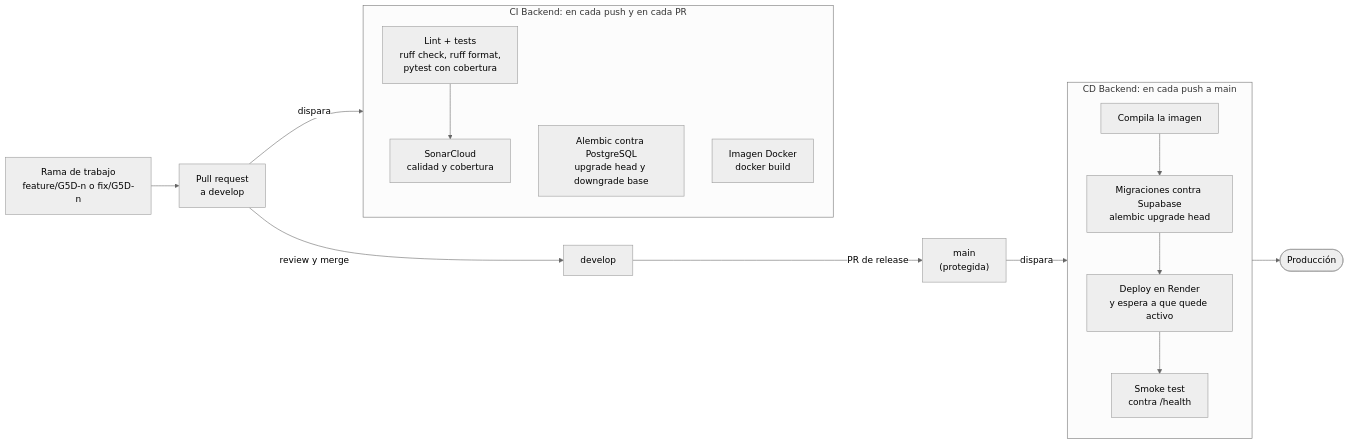
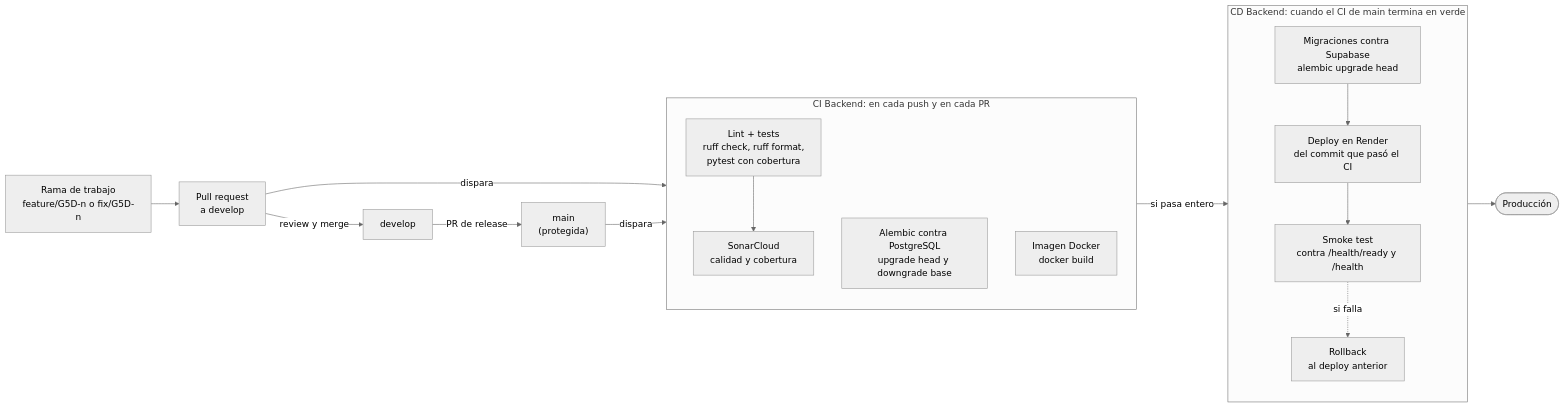
One commit to agustin-perez-data/APIS2-G5-RECLAMOS-BACKEND changed the second of 2 diagrams in docs/arquitectura/vista-desarrollo.md. Above: the diagram before and after it, drawn with Mermaid (neutral theme). The commit also changed other lines of this file and 4 other files, not shown here.

Commit message:
G5D-7: abre un issue cuando falla un workflow de produccion y documenta el pipeline

````diff
--- a/docs/arquitectura/vista-desarrollo.md
+++ b/docs/arquitectura/vista-desarrollo.md
@@ -97,34 +98,36 @@
 ```mermaid
 flowchart LR
     dev["Rama de trabajo<br/>feature/G5D-n o fix/G5D-n"]
     pr["Pull request<br/>a develop"]
     develop["develop"]
     main["main<br/>(protegida)"]
 
     subgraph ci["CI Backend: en cada push y en cada PR"]
         direction TB
         lint["Lint + tests<br/>ruff check, ruff format,<br/>pytest con cobertura"]
         mig["Alembic contra PostgreSQL<br/>upgrade head y downgrade base"]
         sonar["SonarCloud<br/>calidad y cobertura"]
         docker["Imagen Docker<br/>docker build"]
         lint --> sonar
     end
 
-    subgraph cd["CD Backend: en cada push a main"]
+    subgraph cd["CD Backend: cuando el CI de main termina en verde"]
         direction TB
-        build["Compila la imagen"]
         migrar["Migraciones contra Supabase<br/>alembic upgrade head"]
-        deploy["Deploy en Render<br/>y espera a que quede activo"]
-        smoke["Smoke test<br/>contra /health"]
-        build --> migrar --> deploy --> smoke
+        deploy["Deploy en Render<br/>del commit que pasó el CI"]
+        smoke["Smoke test<br/>contra /health/ready y /health"]
+        rollback["Rollback<br/>al deploy anterior"]
+        migrar --> deploy --> smoke
+        smoke -.->|"si falla"| rollback
     end
 
     prod(["Producción"])
 
     dev --> pr
     pr -->|"dispara"| ci
     pr -->|"review y merge"| develop
     develop -->|"PR de release"| main
-    main -->|"dispara"| cd
+    main -->|"dispara"| ci
+    ci -->|"si pasa entero"| cd
     smoke --> prod
 ```
````
